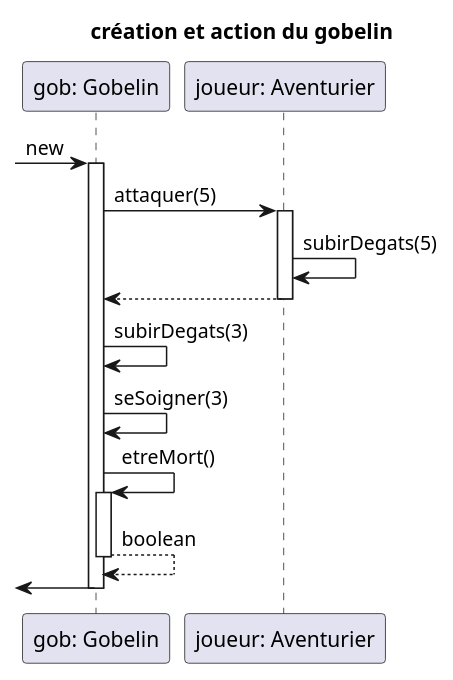
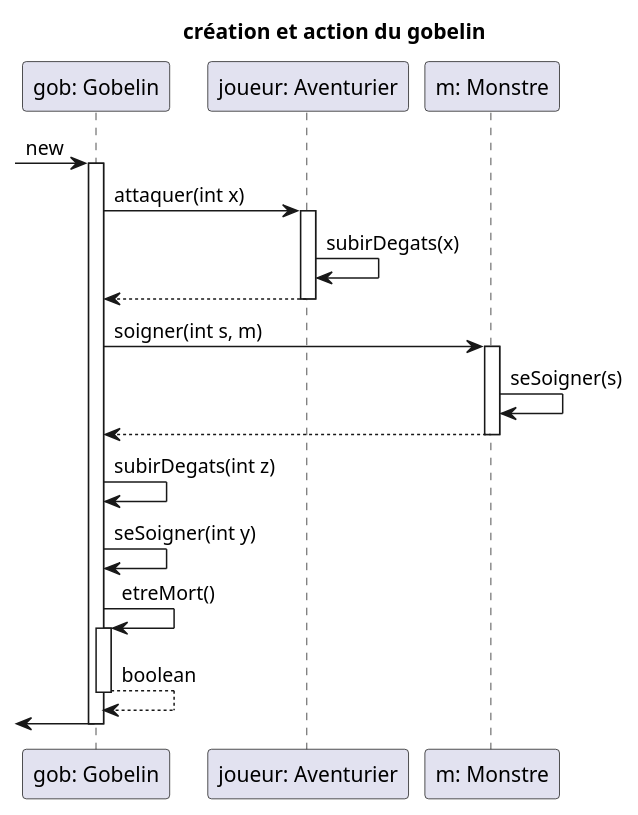
One commit to toxicbloud/Zeldiablo changed the diagram in documents/version_3/diagrammes_sequence/gobelin.puml. Above: the diagram before and after it, drawn with PlantUML. The commit also changed 2 other files, not shown here.

Commit message:
modification diagramme sequence gobelin + methode monstre

```diff
--- a/documents/version_3/diagrammes_sequence/gobelin.puml
+++ b/documents/version_3/diagrammes_sequence/gobelin.puml
@@ -1,22 +1,28 @@
 @startuml
 title création et action du gobelin
 
 participant "gob: Gobelin" as gob
 participant "joueur: Aventurier" as joueur
+participant "m: Monstre" as m
 
 [-> gob : new
 activate  gob
-    gob -> joueur : attaquer(5)
+    gob -> joueur : attaquer(int x)
     activate joueur
-        joueur -> joueur : subirDegats(5)
+        joueur -> joueur : subirDegats(x)
         joueur --> gob 
     deactivate joueur
-    gob -> gob : subirDegats(3)
-    gob -> gob : seSoigner(3)
+    gob -> m : soigner(int s, m)
+    activate m
+        m -> m : seSoigner(s)
+        m --> gob
+    deactivate m
+    gob -> gob : subirDegats(int z)
+    gob -> gob : seSoigner(int y)
     gob -> gob : etreMort()
     activate  gob
         gob --> gob : boolean
     deactivate gob    
 [<- gob
 deactivate gob
 @enduml
```
